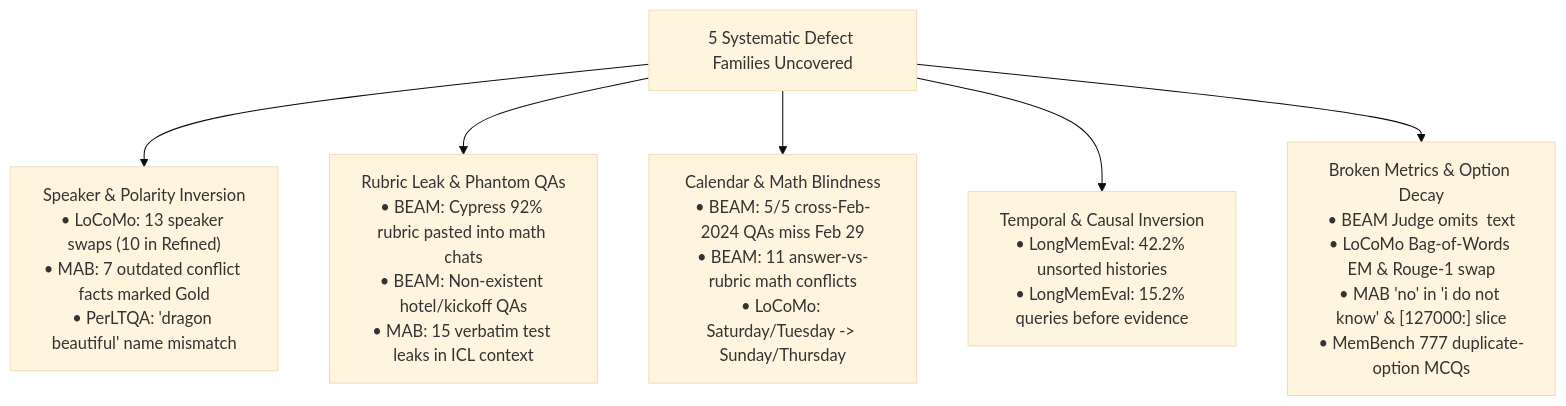
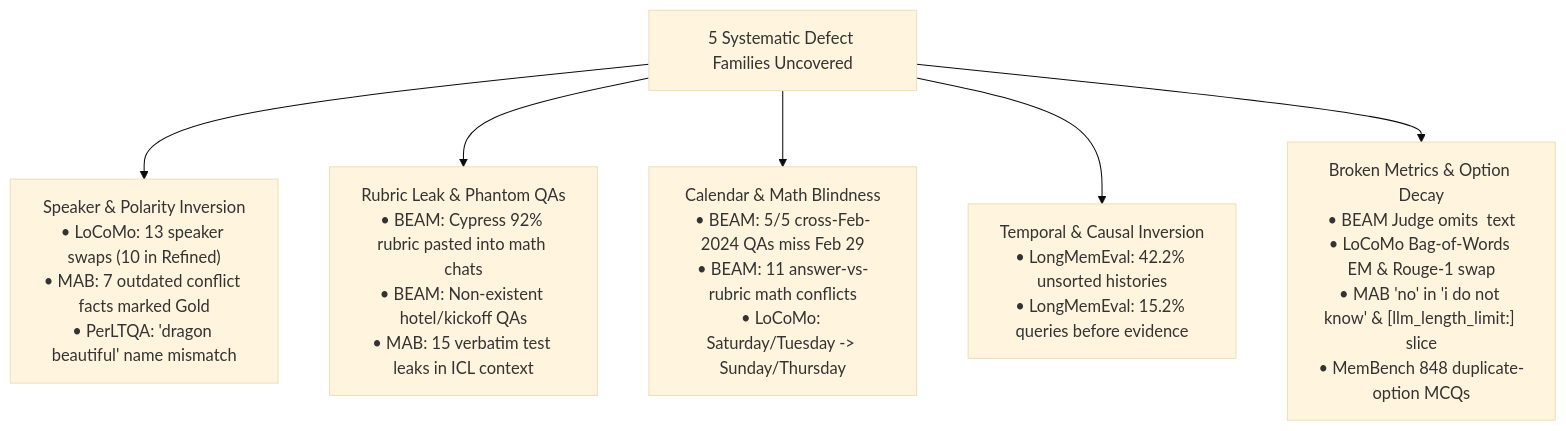
One commit to zxj0302/agent-memory-benchmark-audit changed the third of 3 diagrams in README.md. Above: the diagram before and after it, drawn with Mermaid (base theme). The commit also changed other lines of this file and 24 other files, not shown here.

Commit message:
Fix final residual bugs in MAB code, MemBench grammar/choices, and PerLTQA missing memories & anchors

````diff
--- a/README.md
+++ b/README.md
@@ -125,9 +125,9 @@
 ```mermaid
 flowchart TD
     Tax["5 Systematic Defect Families Uncovered"]
     Tax --> F1["Speaker & Polarity Inversion<br/>• LoCoMo: 13 speaker swaps (10 in Refined)<br/>• MAB: 7 outdated conflict facts marked Gold<br/>• PerLTQA: 'dragon beautiful' name mismatch"]
     Tax --> F2["Rubric Leak & Phantom QAs<br/>• BEAM: Cypress 92% rubric pasted into math chats<br/>• BEAM: Non-existent hotel/kickoff QAs<br/>• MAB: 15 verbatim test leaks in ICL context"]
     Tax --> F3["Calendar & Math Blindness<br/>• BEAM: 5/5 cross-Feb-2024 QAs miss Feb 29<br/>• BEAM: 11 answer-vs-rubric math conflicts<br/>• LoCoMo: Saturday/Tuesday -> Sunday/Thursday"]
     Tax --> F4["Temporal & Causal Inversion<br/>• LongMemEval: 42.2% unsorted histories<br/>• LongMemEval: 15.2% queries before evidence"]
-    Tax --> F5["Broken Metrics & Option Decay<br/>• BEAM Judge omits <question> text<br/>• LoCoMo Bag-of-Words EM & Rouge-1 swap<br/>• MAB 'no' in 'i do not know' & [127000:] slice<br/>• MemBench 777 duplicate-option MCQs"]
+    Tax --> F5["Broken Metrics & Option Decay<br/>• BEAM Judge omits <question> text<br/>• LoCoMo Bag-of-Words EM & Rouge-1 swap<br/>• MAB 'no' in 'i do not know' & [llm_length_limit:] slice<br/>• MemBench 848 duplicate-option MCQs"]
 ```
````
